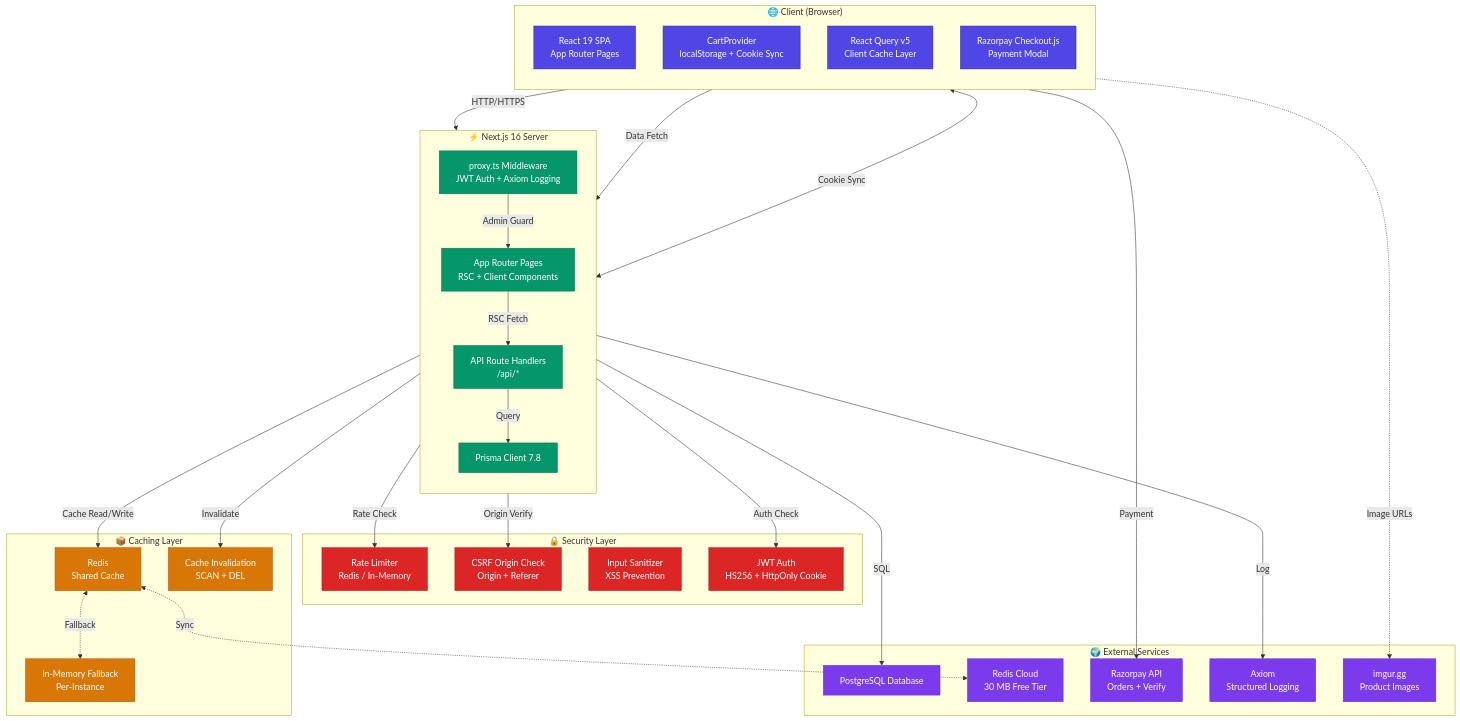
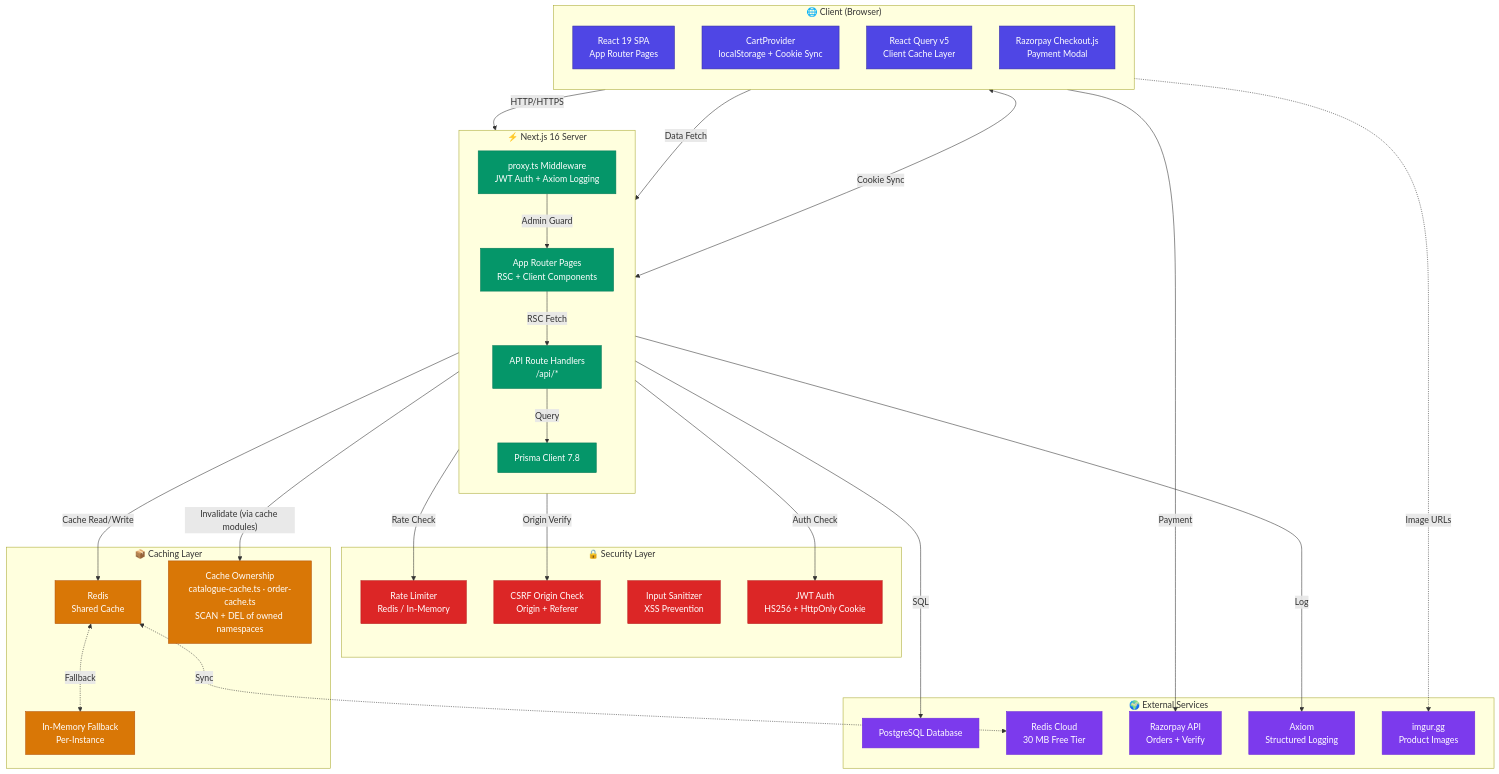
The first of 10 diagrams in chinni-treasure/docs/ARCHITECTURE_DIAGRAMS.md (deepak-sekarbabu-coder/chinni-treasure), drawn with Mermaid before and after one commit. The commit also changed other lines of this file and 28 other files, not shown here.

First line of the commit message:
refactor: implement cache ownership pattern for catalogue and order caches

````diff
--- a/chinni-treasure/docs/ARCHITECTURE_DIAGRAMS.md
+++ b/chinni-treasure/docs/ARCHITECTURE_DIAGRAMS.md
@@ -7,69 +7,69 @@
 ```mermaid
 graph TB
     subgraph Client["🌐 Client (Browser)"]
         direction TB
         React["React 19 SPA<br/>App Router Pages"]
         CartState["CartProvider<br/>localStorage + Cookie Sync"]
         ReactQuery["React Query v5<br/>Client Cache Layer"]
         RazorpaySDK["Razorpay Checkout.js<br/>Payment Modal"]
     end
 
     subgraph NextServer["⚡ Next.js 16 Server"]
         direction TB
         Middleware["proxy.ts Middleware<br/>JWT Auth + Axiom Logging"]
         AppRouter["App Router Pages<br/>RSC + Client Components"]
         APIRoutes["API Route Handlers<br/>/api/*"]
         PrismaClient["Prisma Client 7.8"]
     end
 
     subgraph Security["🔒 Security Layer"]
         RateLimiter["Rate Limiter<br/>Redis / In-Memory"]
         CSRF["CSRF Origin Check<br/>Origin + Referer"]
         Sanitizer["Input Sanitizer<br/>XSS Prevention"]
         Auth["JWT Auth<br/>HS256 + HttpOnly Cookie"]
     end
 
     subgraph Cache["📦 Caching Layer"]
         Redis["Redis<br/>Shared Cache"]
         MemFallback["In-Memory Fallback<br/>Per-Instance"]
-        CacheInvalidation["Cache Invalidation<br/>SCAN + DEL"]
+        CacheInvalidation["Cache Ownership<br/>catalogue-cache.ts · order-cache.ts<br/>SCAN + DEL of owned namespaces"]
     end
 
     subgraph External["🌍 External Services"]
         PostgreSQL["PostgreSQL Database"]
         RedisCloud["Redis Cloud<br/>30 MB Free Tier"]
         RazorpayAPI["Razorpay API<br/>Orders + Verify"]
         Axiom["Axiom<br/>Structured Logging"]
         Imgur["imgur.gg<br/>Product Images"]
     end
 
     React -->|"HTTP/HTTPS"| Middleware
     Middleware -->|"Admin Guard"| AppRouter
     AppRouter -->|"RSC Fetch"| APIRoutes
     APIRoutes -->|"Query"| PrismaClient
     PrismaClient -->|"SQL"| PostgreSQL
     APIRoutes -->|"Auth Check"| Auth
     APIRoutes -->|"Rate Check"| RateLimiter
     APIRoutes -->|"Origin Verify"| CSRF
     APIRoutes -->|"Cache Read/Write"| Redis
     Redis <-.->|"Sync"| RedisCloud
     Redis <-.->|"Fallback"| MemFallback
-    APIRoutes -->|"Invalidate"| CacheInvalidation
+    APIRoutes -->|"Invalidate (via cache modules)"| CacheInvalidation
     ReactQuery -->|"Data Fetch"| APIRoutes
     RazorpaySDK -->|"Payment"| RazorpayAPI
     APIRoutes -->|"Log"| Axiom
     React -.->|"Image URLs"| Imgur
     CartState <-->|"Cookie Sync"| AppRouter
 
     classDef clientStyle fill:#4F46E5,stroke:#3730A3,color:#FFFFFF
     classDef serverStyle fill:#059669,stroke:#047857,color:#FFFFFF
     classDef securityStyle fill:#DC2626,stroke:#B91C1C,color:#FFFFFF
     classDef cacheStyle fill:#D97706,stroke:#B45309,color:#FFFFFF
     classDef externalStyle fill:#7C3AED,stroke:#6D28D9,color:#FFFFFF
 
     class React,CartState,ReactQuery,RazorpaySDK clientStyle
     class Middleware,AppRouter,APIRoutes,PrismaClient serverStyle
     class RateLimiter,CSRF,Sanitizer,Auth securityStyle
     class Redis,MemFallback,CacheInvalidation cacheStyle
     class PostgreSQL,RedisCloud,RazorpayAPI,Axiom,Imgur externalStyle
 ```
````
